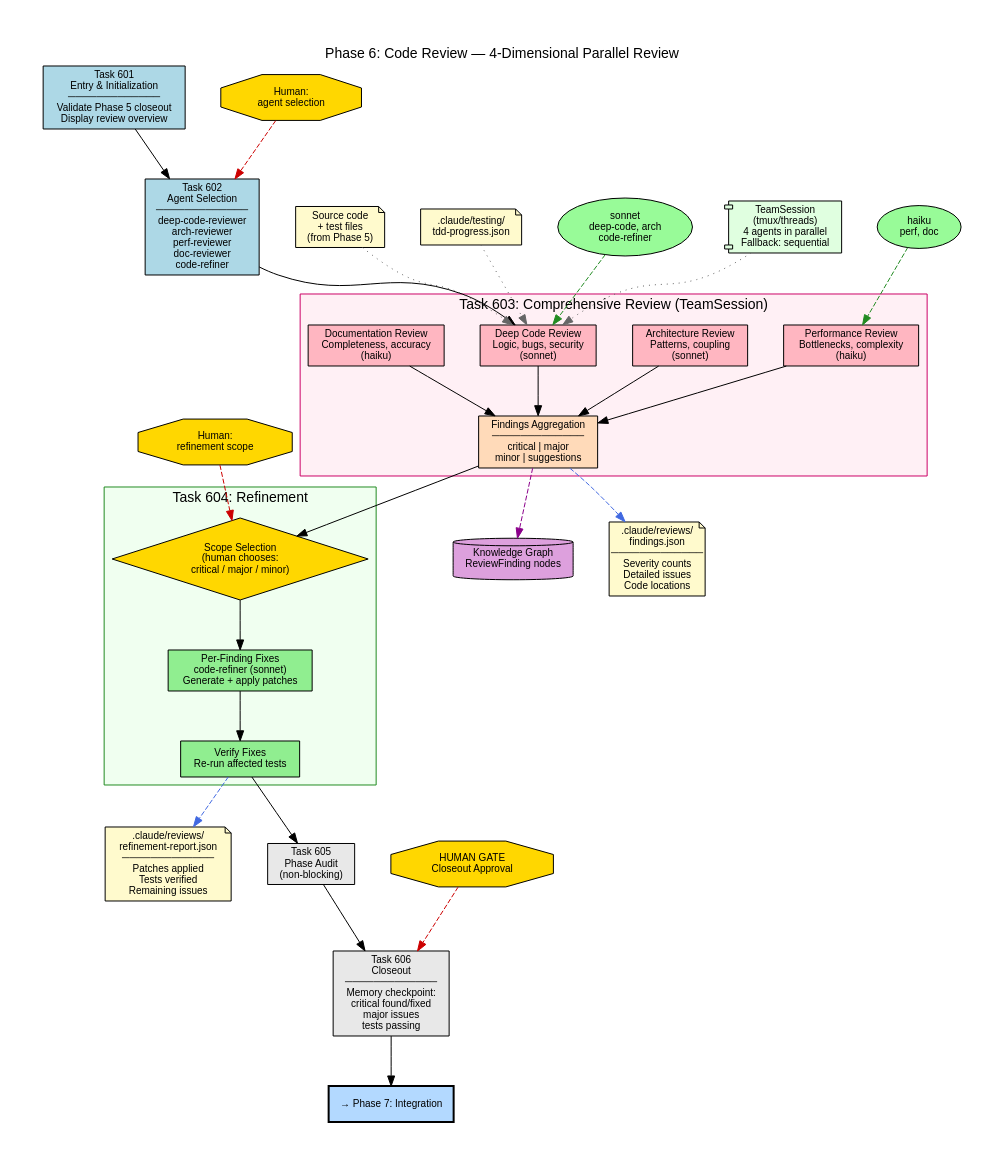
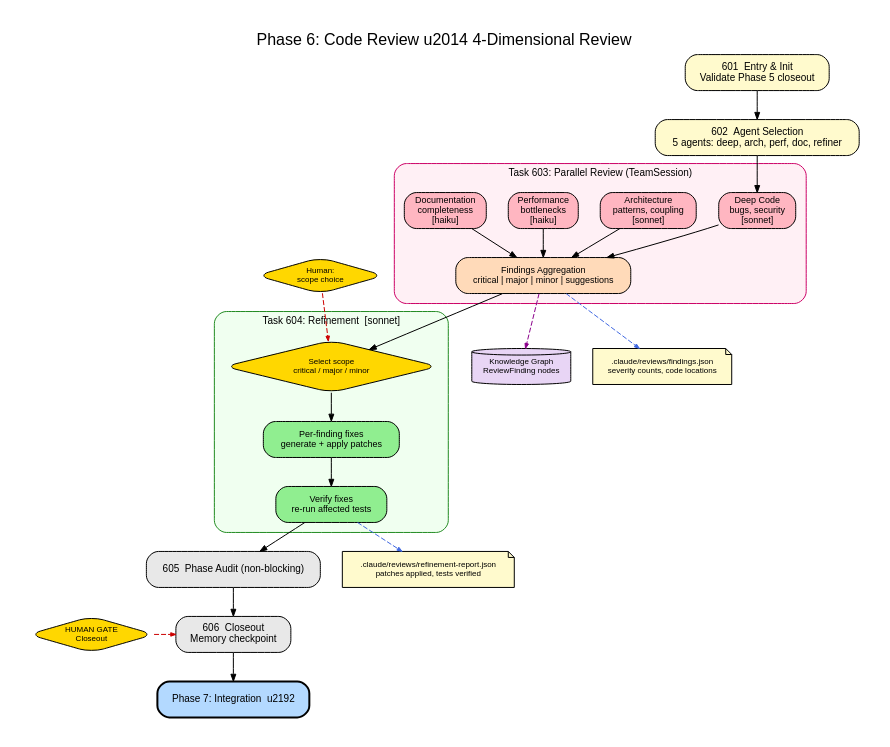
One commit to turbobeest/atomic-claude changed the diagram in dev/docs/diagrams/07-phase-06-code-review.dot. Above: the diagram before and after it, drawn with Graphviz. The commit also changed 21 other files, not shown here.

First line of the commit message:
Clean up all 12 architecture diagrams for readability

```diff
--- a/dev/docs/diagrams/07-phase-06-code-review.dot
+++ b/dev/docs/diagrams/07-phase-06-code-review.dot
@@ -1,110 +1,99 @@
 // Phase 6: Code Review — Task Flow
-// 4-dimensional parallel review with TeamSession + per-finding refinement
 // Generated: 2026-03-01 from codebase analysis
 
 digraph phase_06_code_review {
     rankdir=TB
     fontname="Helvetica"
-    fontsize=14
-    label="Phase 6: Code Review — 4-Dimensional Parallel Review"
+    fontsize=16
+    label="Phase 6: Code Review \u2014 4-Dimensional Review"
     labelloc=t
-    pad=0.5
-    nodesep=0.5
-    ranksep=0.7
+    labeljust=c
+    pad=0.3
+    nodesep=0.3
+    ranksep=0.4
+    splines=true
+    bgcolor=white
 
-    node [fontname="Helvetica", fontsize=10, style=filled, shape=box]
-    edge [fontname="Helvetica", fontsize=9]
+    node [fontname="Helvetica", fontsize=10, style="filled,rounded", shape=box, margin="0.12,0.06"]
+    edge [fontname="Helvetica", fontsize=8, arrowsize=0.7]
 
-    // Tasks
-    t601 [label="Task 601\nEntry & Initialization\n─────────────\nValidate Phase 5 closeout\nDisplay review overview", fillcolor="#ADD8E6"]
-    t602 [label="Task 602\nAgent Selection\n─────────────\ndeep-code-reviewer\narch-reviewer\nperf-reviewer\ndoc-reviewer\ncode-refiner", fillcolor="#ADD8E6"]
+    // ── Pre-review tasks ──
+    t601 [label="601  Entry & Init\nValidate Phase 5 closeout", fillcolor="#FFFACD"]
+    t602 [label="602  Agent Selection\n5 agents: deep, arch, perf, doc, refiner", fillcolor="#FFFACD"]
 
-    // Review cluster
+    t601 -> t602
+
+    // ── Parallel review ──
     subgraph cluster_review {
-        label="Task 603: Comprehensive Review (TeamSession)"
-        style=filled
+        label="Task 603: Parallel Review (TeamSession)"
+        labeljust=c
+        fontsize=10
+        style="filled,rounded"
+        color="#CC0066"
         fillcolor="#FFF0F5"
-        color="#CC0066"
+        margin=10
 
-        deep [label="Deep Code Review\nLogic, bugs, security\n(sonnet)", shape=box, fillcolor="#FFB6C1"]
-        arch [label="Architecture Review\nPatterns, coupling\n(sonnet)", shape=box, fillcolor="#FFB6C1"]
-        perf [label="Performance Review\nBottlenecks, complexity\n(haiku)", shape=box, fillcolor="#FFB6C1"]
-        doc [label="Documentation Review\nCompleteness, accuracy\n(haiku)", shape=box, fillcolor="#FFB6C1"]
+        node [fontsize=9, margin="0.08,0.04"]
 
-        // These run in parallel
+        deep [label="Deep Code\nbugs, security\n[sonnet]", fillcolor="#FFB6C1"]
+        arch [label="Architecture\npatterns, coupling\n[sonnet]", fillcolor="#FFB6C1"]
+        perf [label="Performance\nbottlenecks\n[haiku]", fillcolor="#FFB6C1"]
+        doc  [label="Documentation\ncompleteness\n[haiku]", fillcolor="#FFB6C1"]
+
         {rank=same; deep; arch; perf; doc}
 
-        findings [label="Findings Aggregation\n─────────────\ncritical | major\nminor | suggestions", shape=box, fillcolor="#FFDAB9"]
+        findings [label="Findings Aggregation\ncritical | major | minor | suggestions", fillcolor="#FFDAB9"]
         deep -> findings
         arch -> findings
         perf -> findings
         doc -> findings
     }
 
-    // Refinement cluster
+    // ── Refinement ──
     subgraph cluster_refine {
-        label="Task 604: Refinement"
-        style=filled
+        label="Task 604: Refinement  [sonnet]"
+        labeljust=c
+        fontsize=10
+        style="filled,rounded"
+        color="#228B22"
         fillcolor="#F0FFF0"
-        color="#228B22"
+        margin=10
 
-        scope [label="Scope Selection\n(human chooses:\ncritical / major / minor)", shape=diamond, fillcolor="#FFD700"]
-        fix [label="Per-Finding Fixes\ncode-refiner (sonnet)\nGenerate + apply patches", shape=box, fillcolor="#90EE90"]
-        verify_fix [label="Verify Fixes\nRe-run affected tests", shape=box, fillcolor="#90EE90"]
+        node [fontsize=9]
+        scope [label="Select scope\ncritical / major / minor", shape=diamond, fillcolor="#FFD700", fontsize=8]
+        fix [label="Per-finding fixes\ngenerate + apply patches", fillcolor="#90EE90"]
+        verify_fix [label="Verify fixes\nre-run affected tests", fillcolor="#90EE90"]
 
         scope -> fix -> verify_fix
     }
 
-    t605 [label="Task 605\nPhase Audit\n(non-blocking)", fillcolor="#E8E8E8"]
-    t606 [label="Task 606\nCloseout\n─────────────\nMemory checkpoint:\ncritical found/fixed\nmajor issues\ntests passing", fillcolor="#E8E8E8"]
+    // ── Post-review ──
+    t605 [label="605  Phase Audit (non-blocking)", fillcolor="#E8E8E8"]
+    t606 [label="606  Closeout\nMemory checkpoint", fillcolor="#E8E8E8"]
+    next [label="Phase 7: Integration  \u2192", fillcolor="#B3D9FF", style="filled,rounded,bold"]
 
-    t601 -> t602 -> deep [lhead=cluster_review]
+    t602 -> deep [lhead=cluster_review]
     findings -> scope [lhead=cluster_refine]
-    verify_fix -> t605 -> t606
+    verify_fix -> t605 -> t606 -> next
 
-    // Inputs
-    node [shape=note, fillcolor="#FFFACD"]
-    i_src [label="Source code\n+ test files\n(from Phase 5)"]
-    i_tdd [label=".claude/testing/\ntdd-progress.json"]
-    i_src -> deep [style=dotted, color="#666666"]
-    i_tdd -> deep [style=dotted, color="#666666"]
+    // ── Human gates ──
+    node [shape=diamond, fillcolor="#FFD700", fontsize=8, margin="0.08,0.04"]
+    h_scope [label="Human:\nscope choice"]
+    h_close [label="HUMAN GATE\nCloseout"]
+    h_scope -> scope [style=dashed, color="#CC0000", arrowsize=0.5]
+    h_close -> t606 [style=dashed, color="#CC0000", arrowsize=0.5]
+    {rank=same; t606; h_close}
 
-    // LLM
-    node [shape=oval, fillcolor="#98FB98"]
-    llm_sonnet [label="sonnet\ndeep-code, arch\ncode-refiner"]
-    llm_haiku [label="haiku\nperf, doc"]
-    llm_sonnet -> deep [style=dashed, color="#228B22"]
-    llm_haiku -> perf [style=dashed, color="#228B22"]
+    // ── Knowledge Graph ──
+    node [shape=cylinder, fillcolor="#E8D5F5", fontsize=8]
+    kg [label="Knowledge Graph\nReviewFinding nodes"]
+    findings -> kg [style=dashed, color="#8B008B", arrowsize=0.5]
 
-    // Outputs
-    node [shape=note, fillcolor="#FFFACD"]
-    o_findings [label=".claude/reviews/\nfindings.json\n─────────────\nSeverity counts\nDetailed issues\nCode locations"]
-    o_refine [label=".claude/reviews/\nrefinement-report.json\n─────────────\nPatches applied\nTests verified\nRemaining issues"]
+    // ── Outputs ──
+    node [shape=note, fillcolor="#FFFACD", fontsize=8, margin="0.08,0.04"]
+    o_findings [label=".claude/reviews/findings.json\nseverity counts, code locations"]
+    o_refine [label=".claude/reviews/refinement-report.json\npatches applied, tests verified"]
 
-    findings -> o_findings [style=dashed, color="#4169E1"]
-    verify_fix -> o_refine [style=dashed, color="#4169E1"]
-
-    // Knowledge graph
-    node [shape=cylinder, fillcolor="#DDA0DD"]
-    kg [label="Knowledge Graph\nReviewFinding nodes"]
-    findings -> kg [style=dashed, color="#8B008B"]
-
-    // Human gates
-    node [shape=octagon, fillcolor="#FFD700"]
-    h602 [label="Human:\nagent selection"]
-    h604 [label="Human:\nrefinement scope"]
-    h606 [label="HUMAN GATE\nCloseout Approval"]
-    h602 -> t602 [style=dashed, color="#CC0000"]
-    h604 -> scope [style=dashed, color="#CC0000"]
-    h606 -> t606 [style=dashed, color="#CC0000"]
-
-    // TeamSession note
-    node [shape=component, fillcolor="#E0FFE0"]
-    ts [label="TeamSession\n(tmux/threads)\n4 agents in parallel\nFallback: sequential"]
-    ts -> deep [style=dotted, color="#666666"]
-
-    // Next phase
-    node [shape=box, fillcolor="#B3D9FF", style="filled,bold"]
-    next [label="→ Phase 7: Integration"]
-    t606 -> next
+    findings -> o_findings [style=dashed, color="#4169E1", arrowsize=0.5]
+    verify_fix -> o_refine [style=dashed, color="#4169E1", arrowsize=0.5]
 }
```
